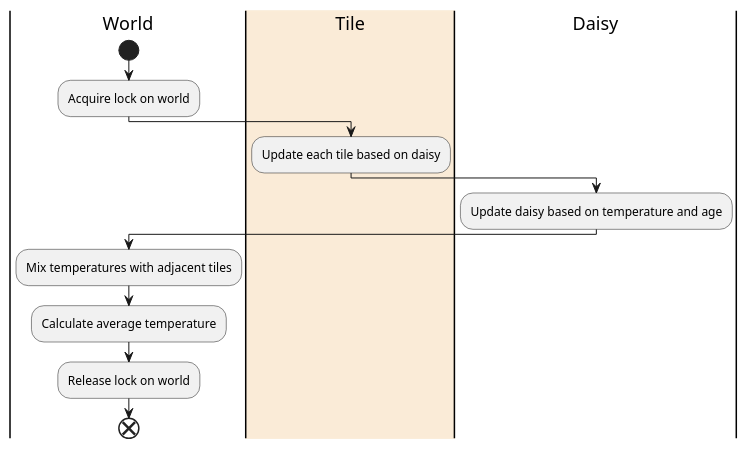
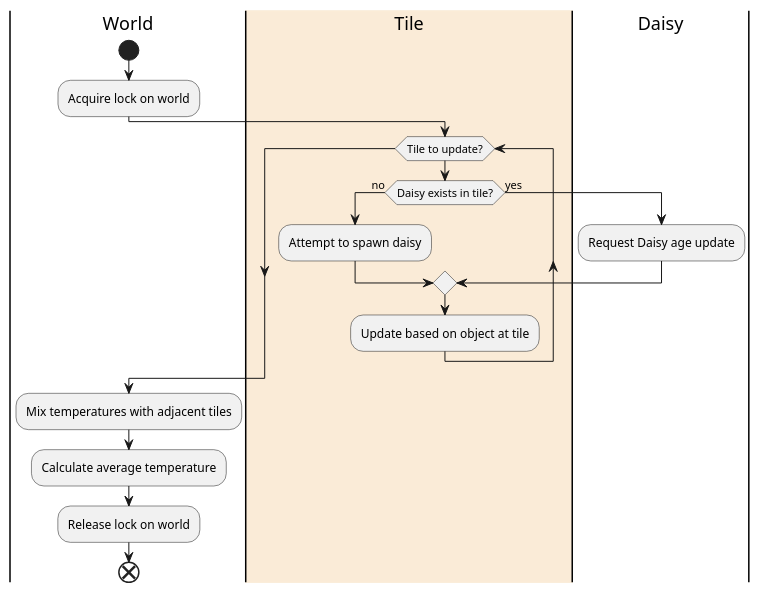
One commit to jh247247/FIT3036-Project changed the second of 3 diagrams in spec/spec.org. Above: the diagram before and after it, drawn with PlantUML. The commit also changed other lines of this file and 4 other files, not shown here.

```diff
--- a/spec/spec.org
+++ b/spec/spec.org
@@ -133,15 +117,22 @@
-   #+begin_src plantuml :file updateWorld.png
-     |World|
-     start
+   #+begin_src plantuml :file updateWorld.png :exports results
+           |World|
+           start
 
-	     :Acquire lock on world;
-	     |#AntiqueWhite|Tile|
-	     :Update each tile based on daisy;
-	     |Daisy|
-	     :Update daisy based on temperature and age;
-	     |World|
-	     :Mix temperatures with adjacent tiles;
-	     :Calculate average temperature;
-	     :Release lock on world;
-     end
+                   :Acquire lock on world;
+                   |#AntiqueWhite|Tile|
+                   while (Tile to update?)
+                   if (Daisy exists in tile?) then (no)
+                   :Attempt to spawn daisy;
+                   else (yes)
+                   |Daisy|
+                   :Request Daisy age update;
+                   endif
+                   |Tile|
+                   :Update based on object at tile;
+                   endwhile
+                   |World|
+                   :Mix temperatures with adjacent tiles;
+                   :Calculate average temperature;
+                   :Release lock on world;
+           end
    #+end_src
```
